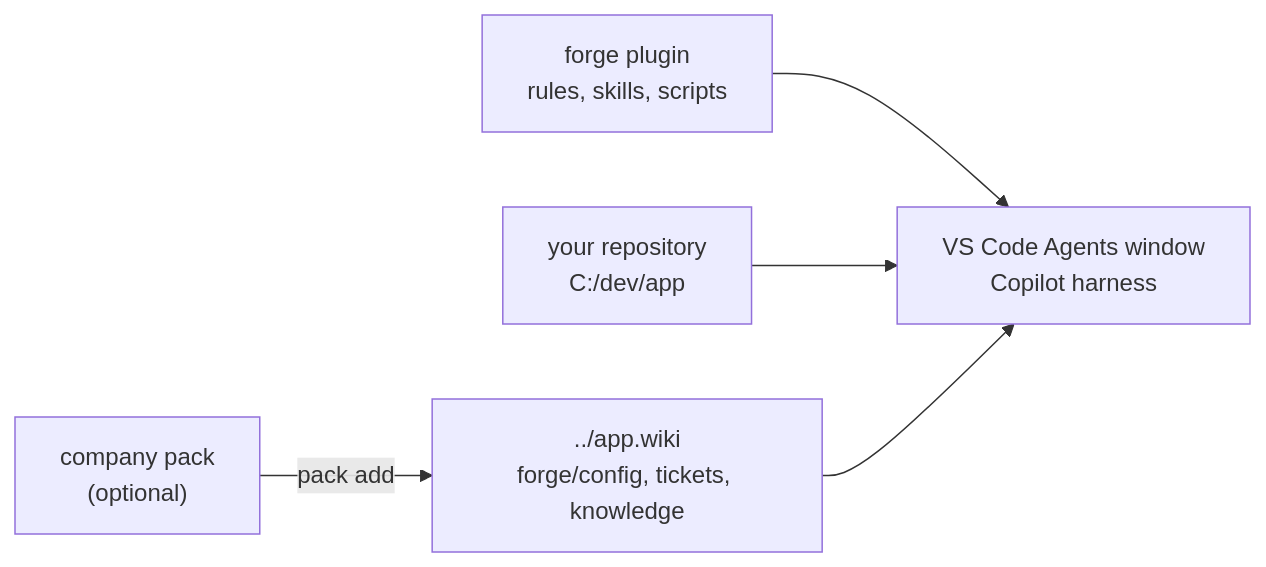
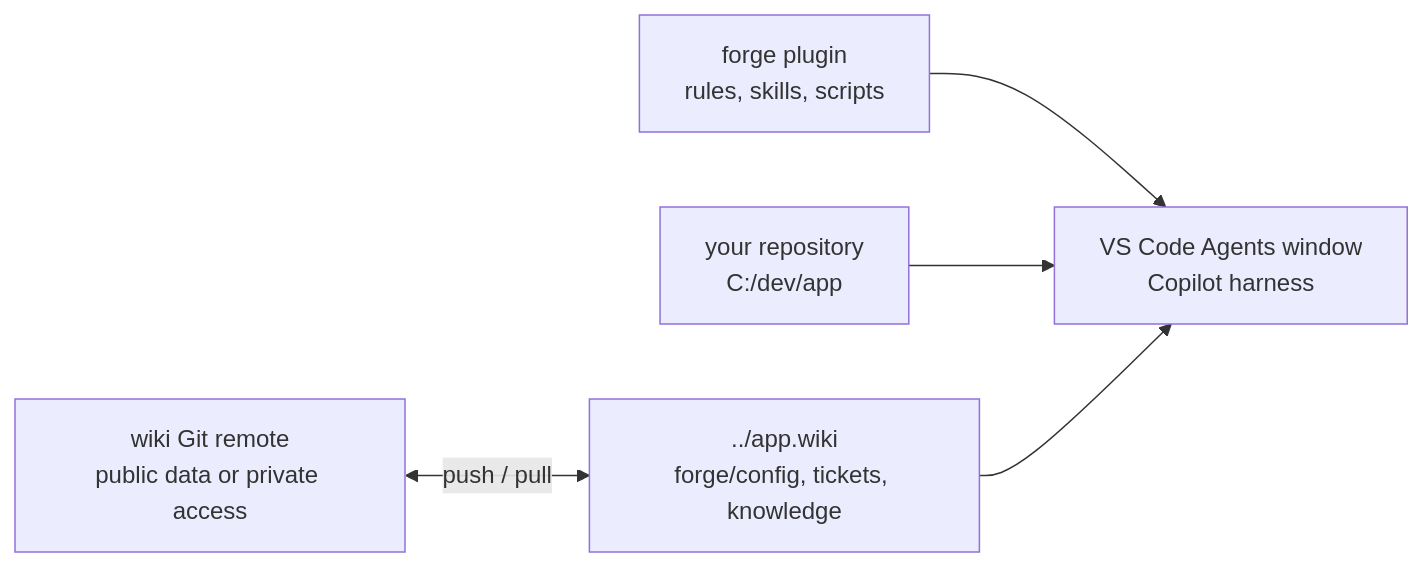
One commit to alexradunet/forge-engineering changed the diagram in README.md. Above: the diagram before and after it, drawn with Mermaid. The commit also changed other lines of this file and 27 other files, not shown here.

````diff
--- a/README.md
+++ b/README.md
@@ -15,7 +15,7 @@
 ```mermaid
 flowchart LR
   plugin["forge plugin<br/>rules, skills, scripts"] --> vscode["VS Code Agents window<br/>Copilot harness"]
   repo["your repository<br/>C:/dev/app"] --> vscode
   wiki["../app.wiki<br/>forge/config, tickets, knowledge"] --> vscode
-  pack["company pack<br/>(optional)"] -- pack add --> wiki
+  shared["wiki Git remote<br/>public data or private access"] <-->|push / pull| wiki
 ```
````
